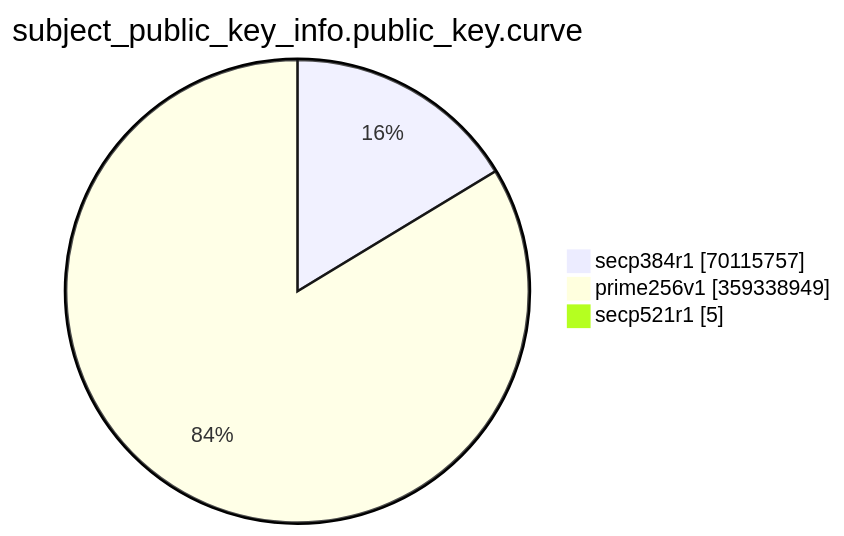
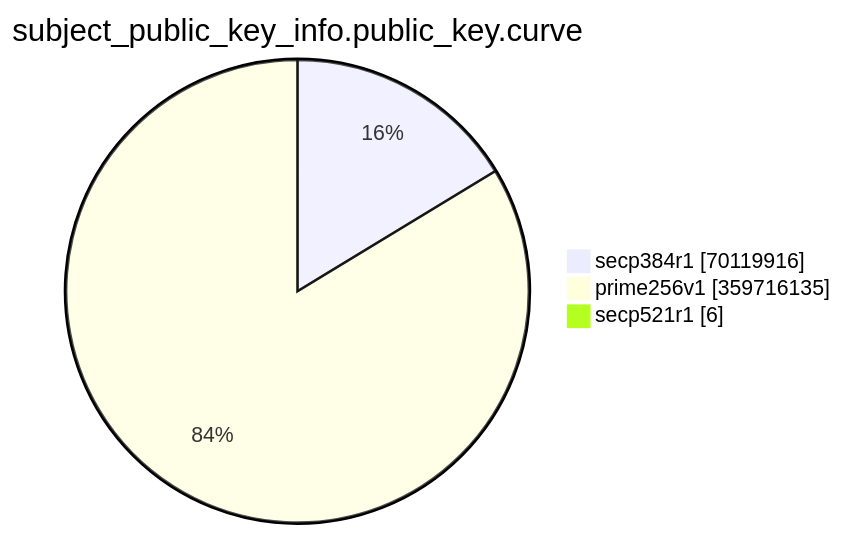
One commit to christiankrug/ctmonitor_visualization changed the eighth of 15 diagrams in TOTAL/README.md. Above: the diagram before and after it, drawn with Mermaid. The commit also changed other lines of this file, not shown here.

````diff
--- a/TOTAL/README.md
+++ b/TOTAL/README.md
@@ -3085,7 +3085,7 @@
 ```mermaid
 pie showData
 title subject_public_key_info.public_key.curve
-"secp384r1" :70115757
-"prime256v1" :359338949
-"secp521r1" :5
+"secp384r1" :70119916
+"prime256v1" :359716135
+"secp521r1" :6
 ```
````
